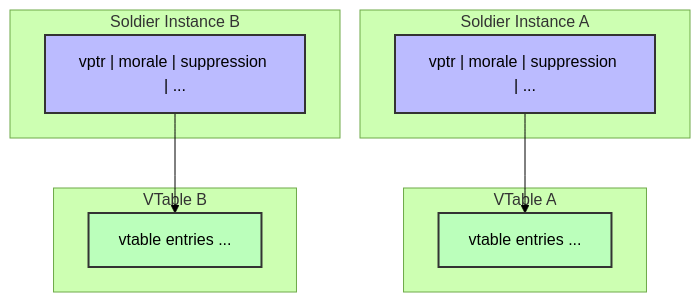
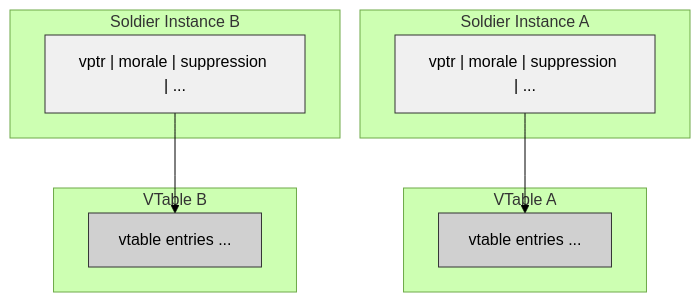
Before and after one commit to jukofyork/close-combat-architecture-study: the sixth of 8 diagrams in appendix_b_unit_attribute_systems.md, drawn with Mermaid (forest theme). The commit also changed other lines of this file and 15 other files, not shown here.

````diff
--- a/appendix_b_unit_attribute_systems.md
+++ b/appendix_b_unit_attribute_systems.md
@@ -1735,23 +1735,23 @@
 ```mermaid
 flowchart TB
     subgraph InstanceA["Soldier Instance A"]
         A1["vptr | morale | suppression | ..."]
     end
     subgraph InstanceB["Soldier Instance B"]
         B1["vptr | morale | suppression | ..."]
     end
     subgraph VTableA["VTable A"]
         VT1["vtable entries ..."]
     end
     subgraph VTableB["VTable B"]
         VT2["vtable entries ..."]
     end
     A1 --> VT1
     B1 --> VT2
 
-    classDef default fill:#f9f,stroke:#333,stroke-width:2px,color:#000
-    classDef instance fill:#bbf,stroke:#333,stroke-width:2px,color:#000
-    classDef vtable fill:#bfb,stroke:#333,stroke-width:2px,color:#000
-    class A1,B1 instance
-    class VT1,VT2 vtable
+    classDef default fill:#fff,stroke:#000,stroke-width:1px
+    classDef light fill:#f0f0f0,stroke:#333,stroke-width:1px
+    classDef medium fill:#d0d0d0,stroke:#333,stroke-width:1px
+    class A1,B1 light
+    class VT1,VT2 medium
 ```
````
